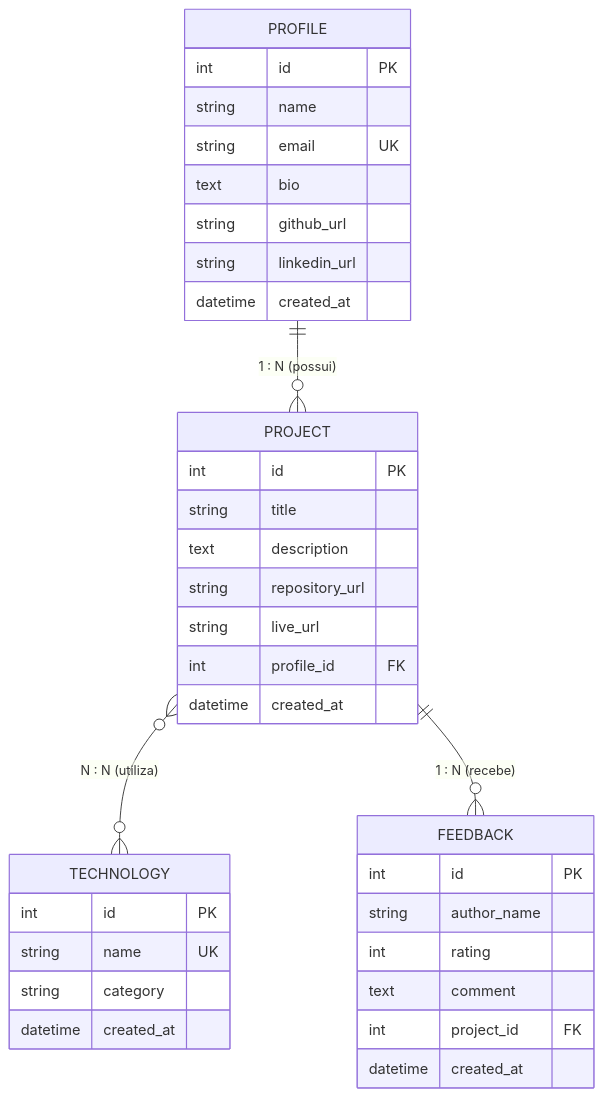
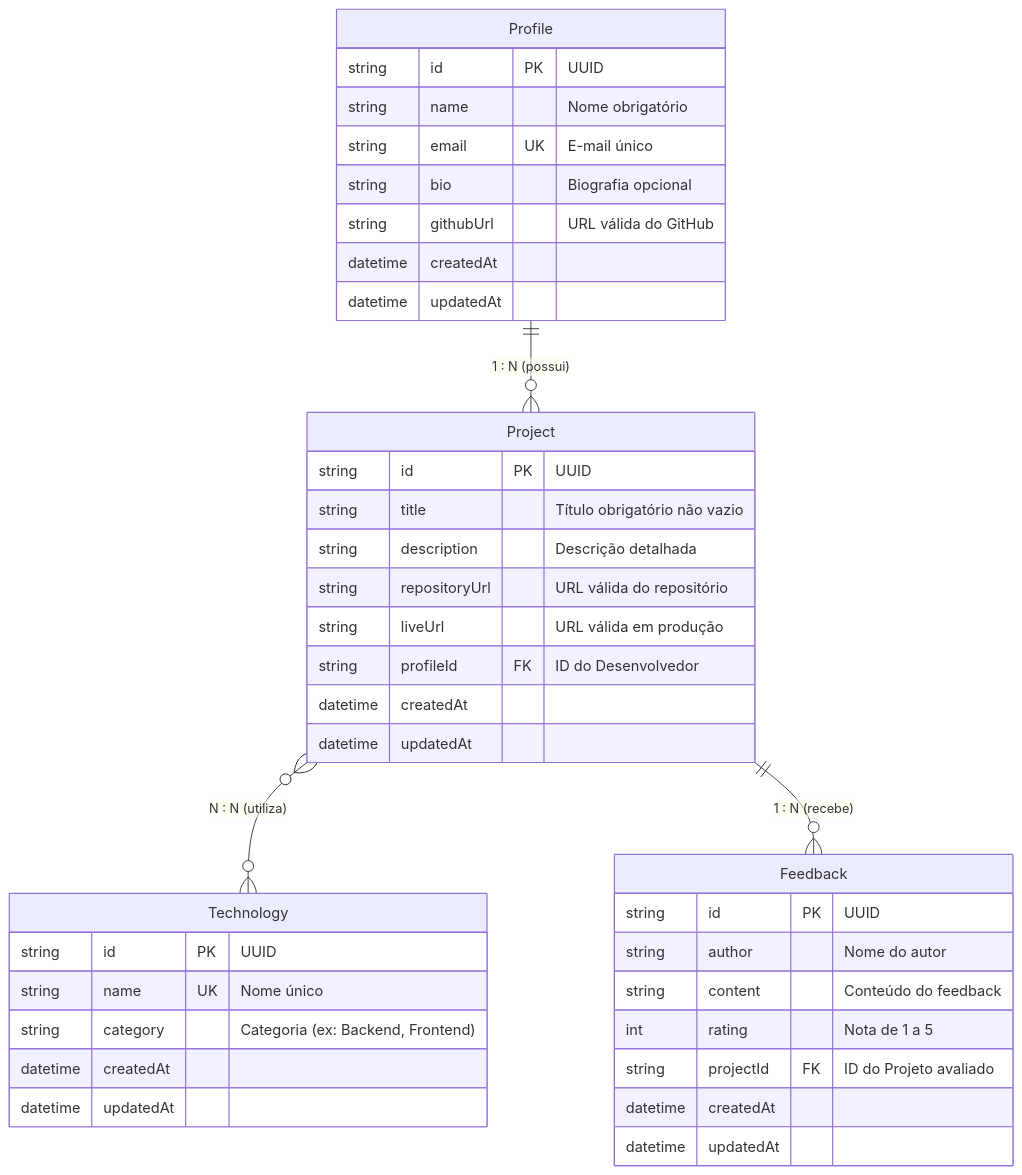
The diagram in README.md (User-TADS/DevShowcaseAPI), drawn with Mermaid before and after one commit. The commit also changed other lines of this file and 71 other files, not shown here.

````diff
--- a/README.md
+++ b/README.md
@@ -100,42 +42,45 @@
 ```mermaid
 erDiagram
-    PROFILE ||--o{ PROJECT : "1 : N (possui)"
-    PROJECT }o--o{ TECHNOLOGY : "N : N (utiliza)"
-    PROJECT ||--o{ FEEDBACK : "1 : N (recebe)"
+    Profile ||--o{ Project : "1 : N (possui)"
+    Project }o--o{ Technology : "N : N (utiliza)"
+    Project ||--o{ Feedback : "1 : N (recebe)"
 
-    PROFILE {
-        int id PK
-        string name
-        string email UK
-        text bio
-        string github_url
-        string linkedin_url
-        datetime created_at
+    Profile {
+        string id PK "UUID"
+        string name "Nome obrigatório"
+        string email UK "E-mail único"
+        string bio "Biografia opcional"
+        string githubUrl "URL válida do GitHub"
+        datetime createdAt
+        datetime updatedAt
     }
 
-    PROJECT {
-        int id PK
-        string title
-        text description
-        string repository_url
-        string live_url
-        int profile_id FK
-        datetime created_at
+    Project {
+        string id PK "UUID"
+        string title "Título obrigatório não vazio"
+        string description "Descrição detalhada"
+        string repositoryUrl "URL válida do repositório"
+        string liveUrl "URL válida em produção"
+        string profileId FK "ID do Desenvolvedor"
+        datetime createdAt
+        datetime updatedAt
     }
 
-    TECHNOLOGY {
-        int id PK
-        string name UK
-        string category
-        datetime created_at
+    Technology {
+        string id PK "UUID"
+        string name UK "Nome único"
+        string category "Categoria (ex: Backend, Frontend)"
+        datetime createdAt
+        datetime updatedAt
     }
 
-    FEEDBACK {
-        int id PK
-        string author_name
-        int rating
-        text comment
-        int project_id FK
-        datetime created_at
+    Feedback {
+        string id PK "UUID"
+        string author "Nome do autor"
+        string content "Conteúdo do feedback"
+        int rating "Nota de 1 a 5"
+        string projectId FK "ID do Projeto avaliado"
+        datetime createdAt
+        datetime updatedAt
     }
 ```
````
